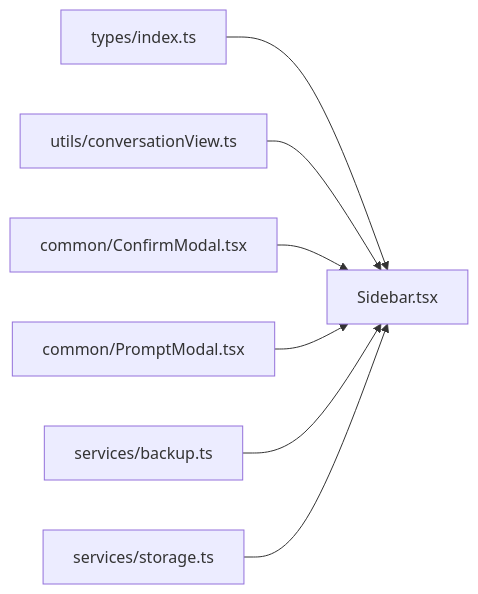
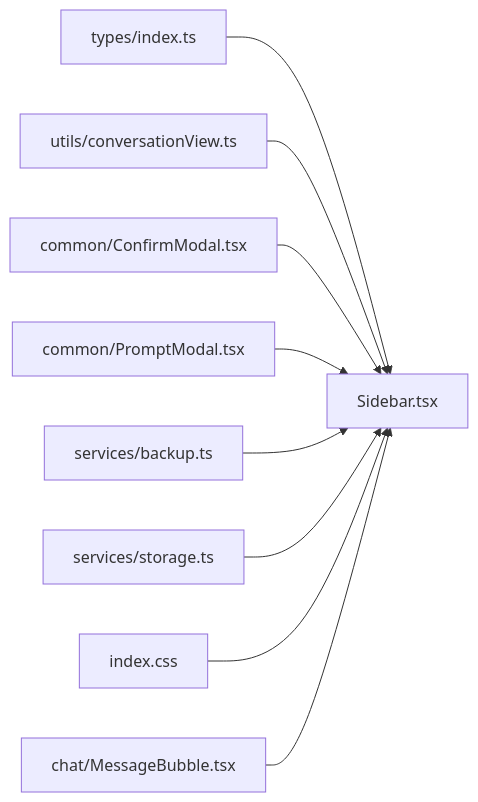
The seventh of 7 diagrams in .qoder/repowiki/zh/content/核心组件/侧边栏组件 Sidebar.md (billye220670/AIShop), drawn with Mermaid before and after one commit. The commit also changed other lines of this file and 45 other files, not shown here.

````diff
--- a/.qoder/repowiki/zh/content/核心组件/侧边栏组件 Sidebar.md
+++ b/.qoder/repowiki/zh/content/核心组件/侧边栏组件 Sidebar.md
@@ -234,9 +281,11 @@
 ```mermaid
 graph LR
 T["types/index.ts"] --> S["Sidebar.tsx"]
 V["utils/conversationView.ts"] --> S
 CM["common/ConfirmModal.tsx"] --> S
 PM["common/PromptModal.tsx"] --> S
 BK["services/backup.ts"] --> S
 ST["services/storage.ts"] --> S
+CSS["index.css"] --> S
+MB["chat/MessageBubble.tsx"] --> S
 ```
````
